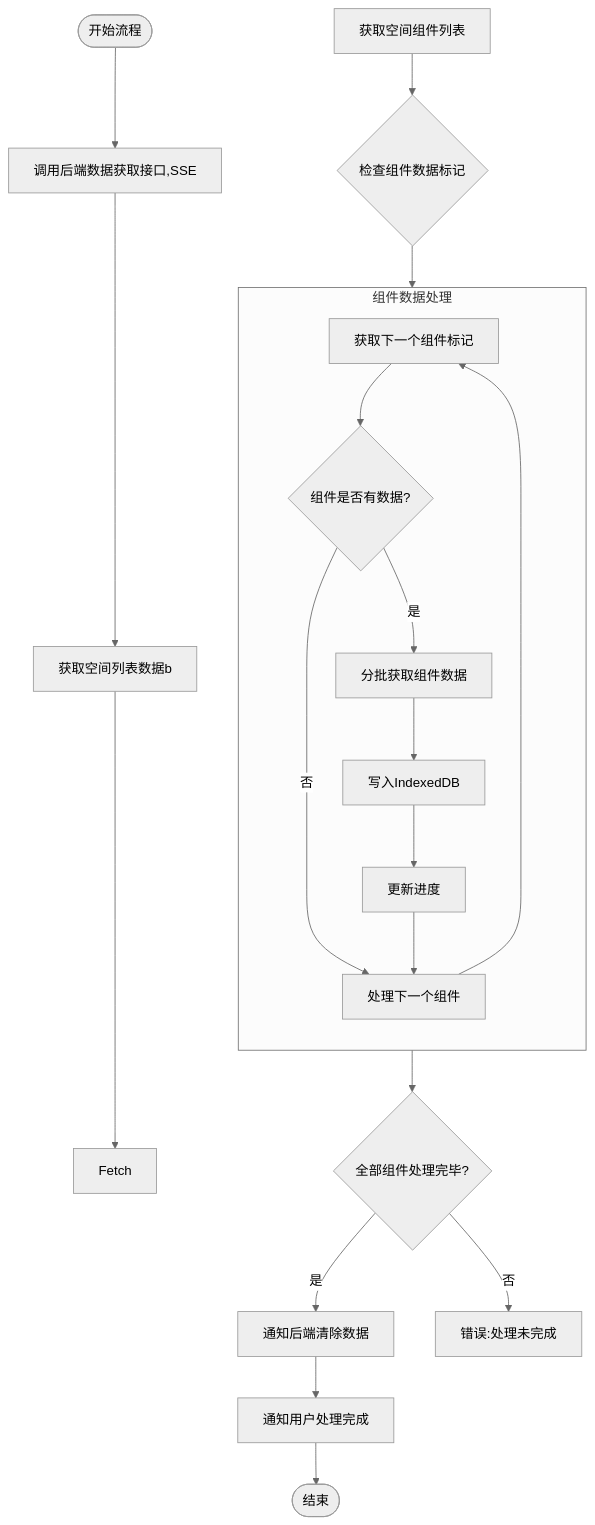
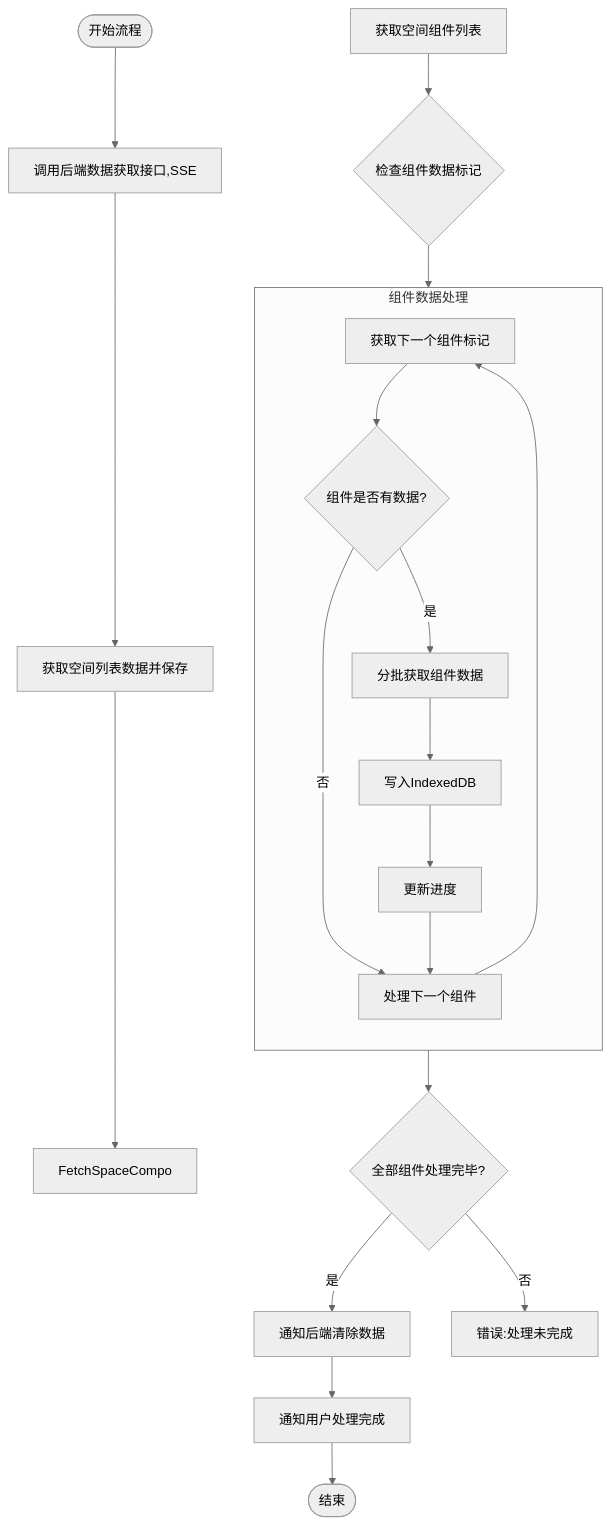
One commit to yingjianzh/iodraw-files changed the diagram in all/未命名-59.md. Above: the diagram before and after it, drawn with Mermaid (neutral theme).

Commit message:
2025-05-14 14:52:38 update

````diff
--- a/all/未命名-59.md
+++ b/all/未命名-59.md
@@ -1,32 +1,32 @@
 ```mermaid
 
 flowchart TD
     Start([开始流程]) --> FetchData[调用后端数据获取接口,SSE]
-    FetchData --> FetchSpaceData[获取空间列表数据b]
-    FetchSpaceData --> Fetch
+    FetchData --> FetchSpaceData[获取空间列表数据并保存]
+    FetchSpaceData --> FetchSpaceCompo
     
     
     FetchComponentList[获取空间组件列表]
     FetchComponentList --> CheckComponentData{检查组件数据标记}
     
     subgraph ComponentProcess [组件数据处理]
         direction TB
         A[获取下一个组件标记] --> B{组件是否有数据?}
         B -->|否| NextComponent[处理下一个组件]
         B -->|是| C[分批获取组件数据]
         C --> D[写入IndexedDB]
         D --> UpdateProgress[更新进度]
         UpdateProgress --> NextComponent
         NextComponent --> A
     end
     
     CheckComponentData --> ComponentProcess
     ComponentProcess --> AllComponentsProcessed{全部组件处理完毕?}
     
     AllComponentsProcessed -->|是| ClearServerData[通知后端清除数据]
     AllComponentsProcessed -->|否| Error3[错误:处理未完成]
     
     ClearServerData --> CompletionNotification[通知用户处理完成]
     CompletionNotification --> End([结束])
 
 ```
````
